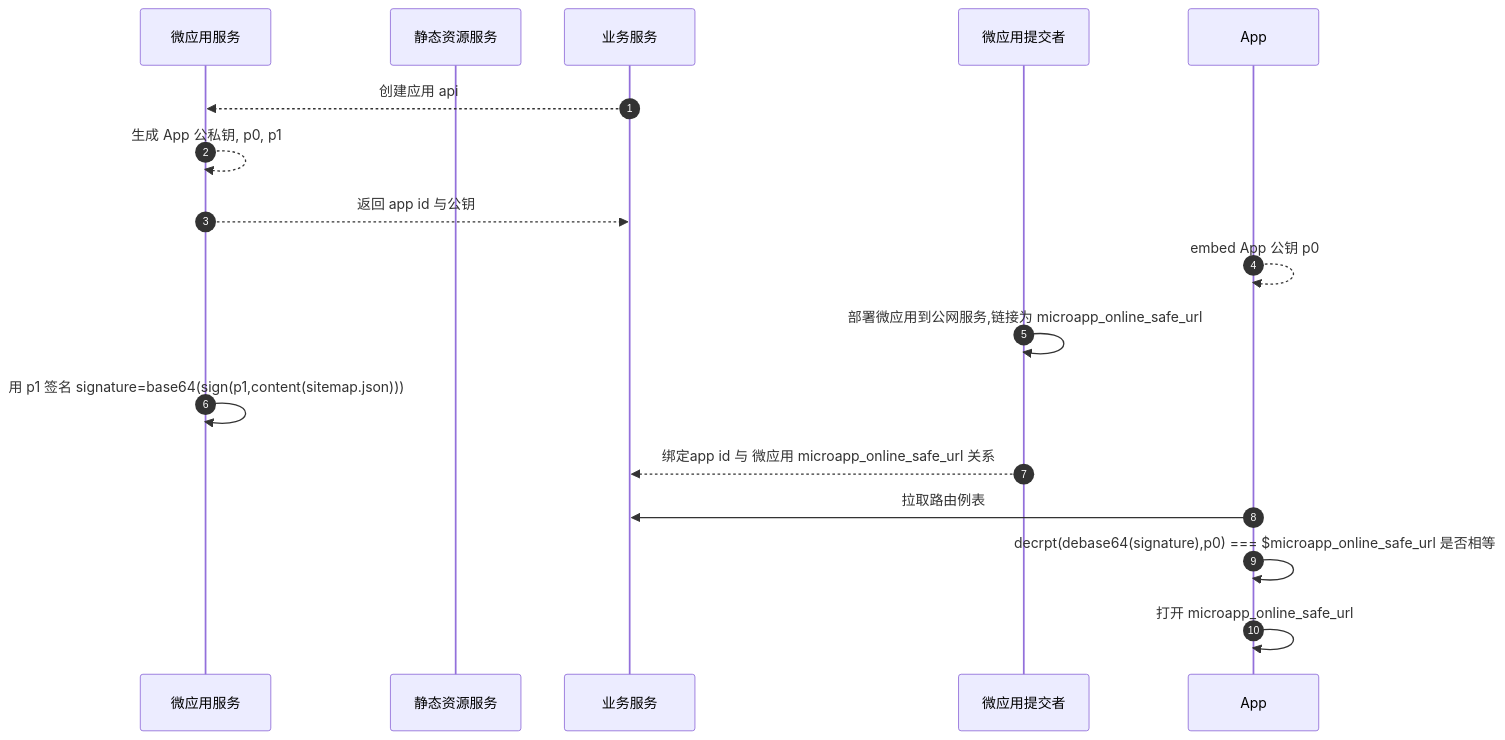
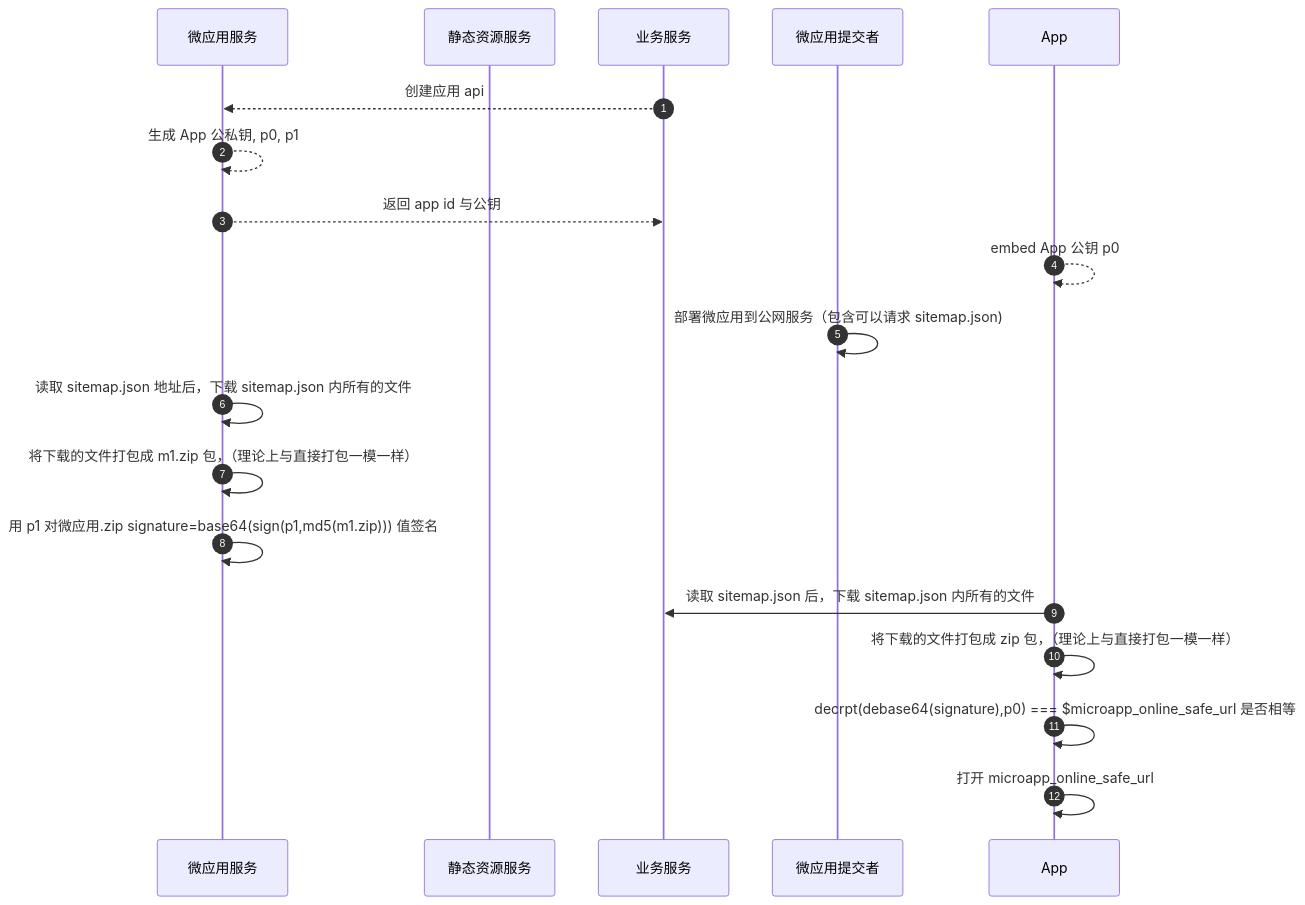
One commit to zk4/x-engine changed the third of 7 diagrams in modules/x-engine-docs/todos-1.0.md. Above: the diagram before and after it, drawn with Mermaid. The commit also changed other lines of this file and 386 other files, not shown here.

````diff
--- a/modules/x-engine-docs/todos-1.0.md
+++ b/modules/x-engine-docs/todos-1.0.md
@@ -109,24 +176,25 @@
 ``` mermaid
 sequenceDiagram
 	  autonumber
     participant s as 微应用服务 
     participant r as 静态资源服务
     participant b as 业务服务
 	  participant u as 微应用提交者
     participant a as App
 
 
     b-->>s: 创建应用 api
    	s-->>s: 生成 App 公私钥, p0, p1
 		s-->>b: 返回 app id 与公钥
    	a-->>a: embed App 公钥 p0
-    u->>u: 部署微应用到公网服务,链接为 microapp_online_safe_url
-   	s->>s: 用 p1 签名 signature=base64(sign(p1,content(sitemap.json)))
-	  u-->>b: 绑定app id 与 微应用 microapp_online_safe_url 关系
+    u->>u: 部署微应用到公网服务（包含可以请求 sitemap.json)
+    s->>s: 读取 sitemap.json 地址后，下载 sitemap.json 内所有的文件
+    s->>s: 将下载的文件打包成 m1.zip 包，（理论上与直接打包一模一样）
+   	s->>s: 用 p1 对微应用.zip signature=base64(sign(p1,md5(m1.zip))) 值签名 
 	 
 	  
-	  a->>b: 拉取路由例表
-	 
+	  a->>b: 读取 sitemap.json 后，下载 sitemap.json 内所有的文件
+	  a->>a: 将下载的文件打包成 zip 包，（理论上与直接打包一模一样）	 
 	  a->>a: decrpt(debase64(signature),p0) === $microapp_online_safe_url 是否相等
     a->>a: 打开 microapp_online_safe_url
 ```
````
